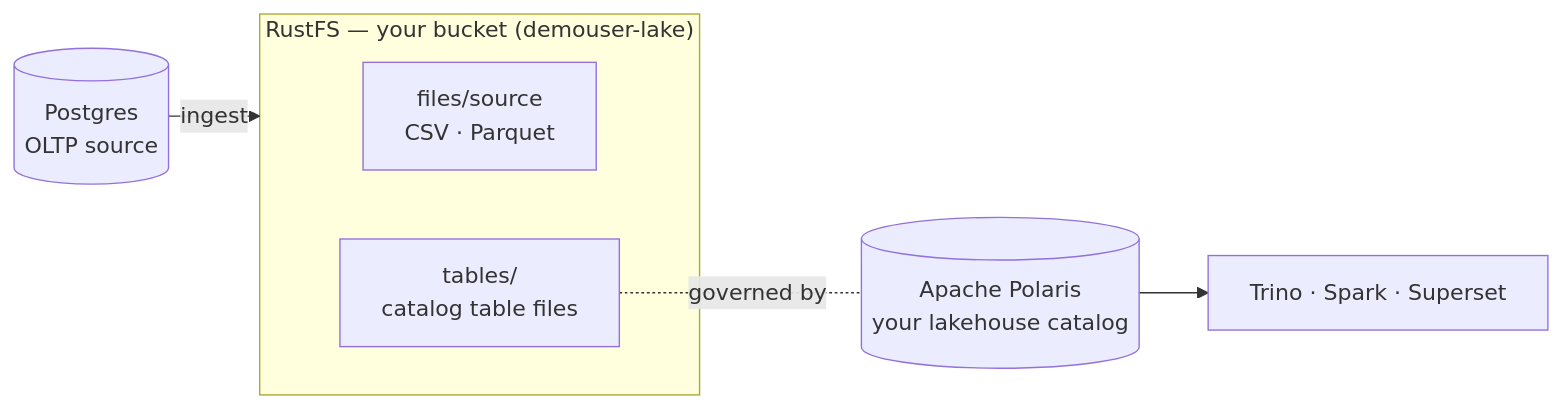
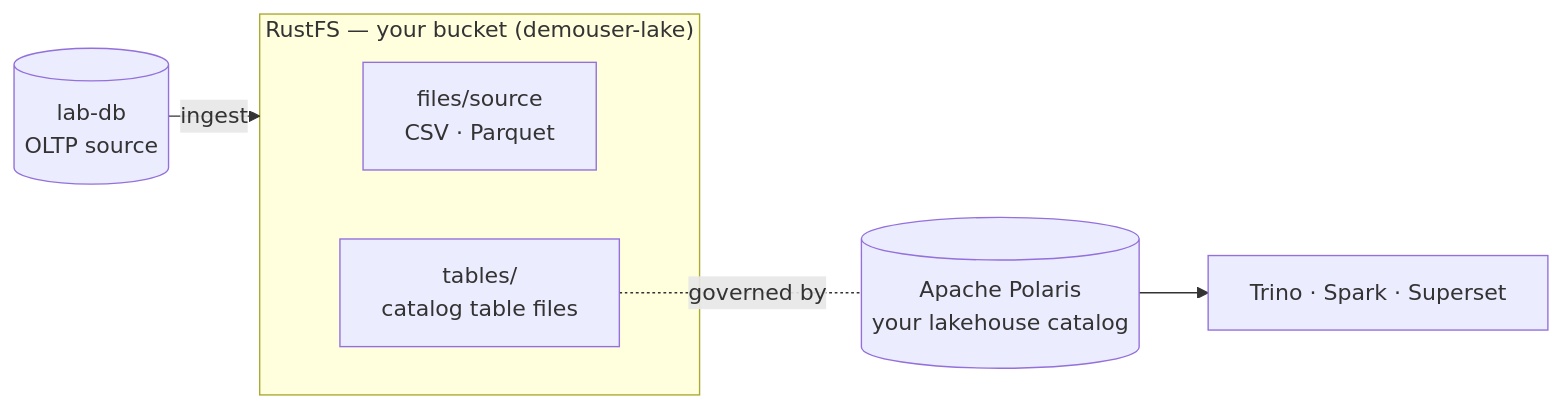
Before and after one commit to maarthala/data-engineering-lab: the diagram in training/docs/unit0/data-inventory.md, drawn with Mermaid. The commit also changed other lines of this file and 19 other files, not shown here.

````diff
--- a/training/docs/unit0/data-inventory.md
+++ b/training/docs/unit0/data-inventory.md
@@ -6,10 +6,10 @@
 ```mermaid
 flowchart LR
-  PG[(Postgres<br/>OLTP source)] -->|ingest| LAKE
+  PG[(lab-db<br/>OLTP source)] -->|ingest| LAKE
   subgraph LAKE["RustFS — your bucket (demouser-lake)"]
     RAW[files/source<br/>CSV · Parquet]
     ICE[tables/<br/>catalog table files]
   end
   ICE -. governed by .- POL[(Apache Polaris<br/>your lakehouse catalog)]
   POL --> ENG[Trino · Spark · Superset]
 ```
````
